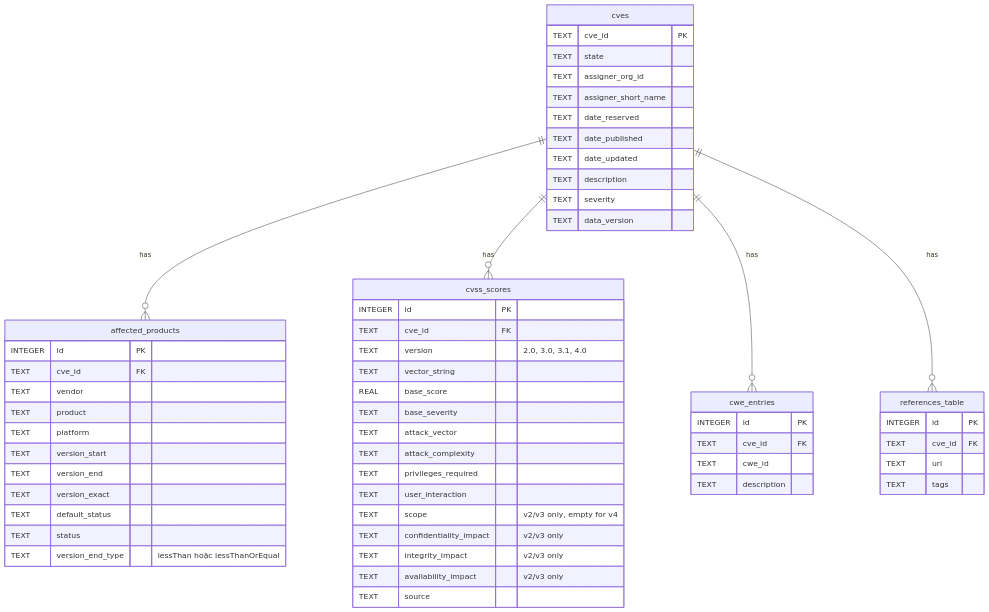
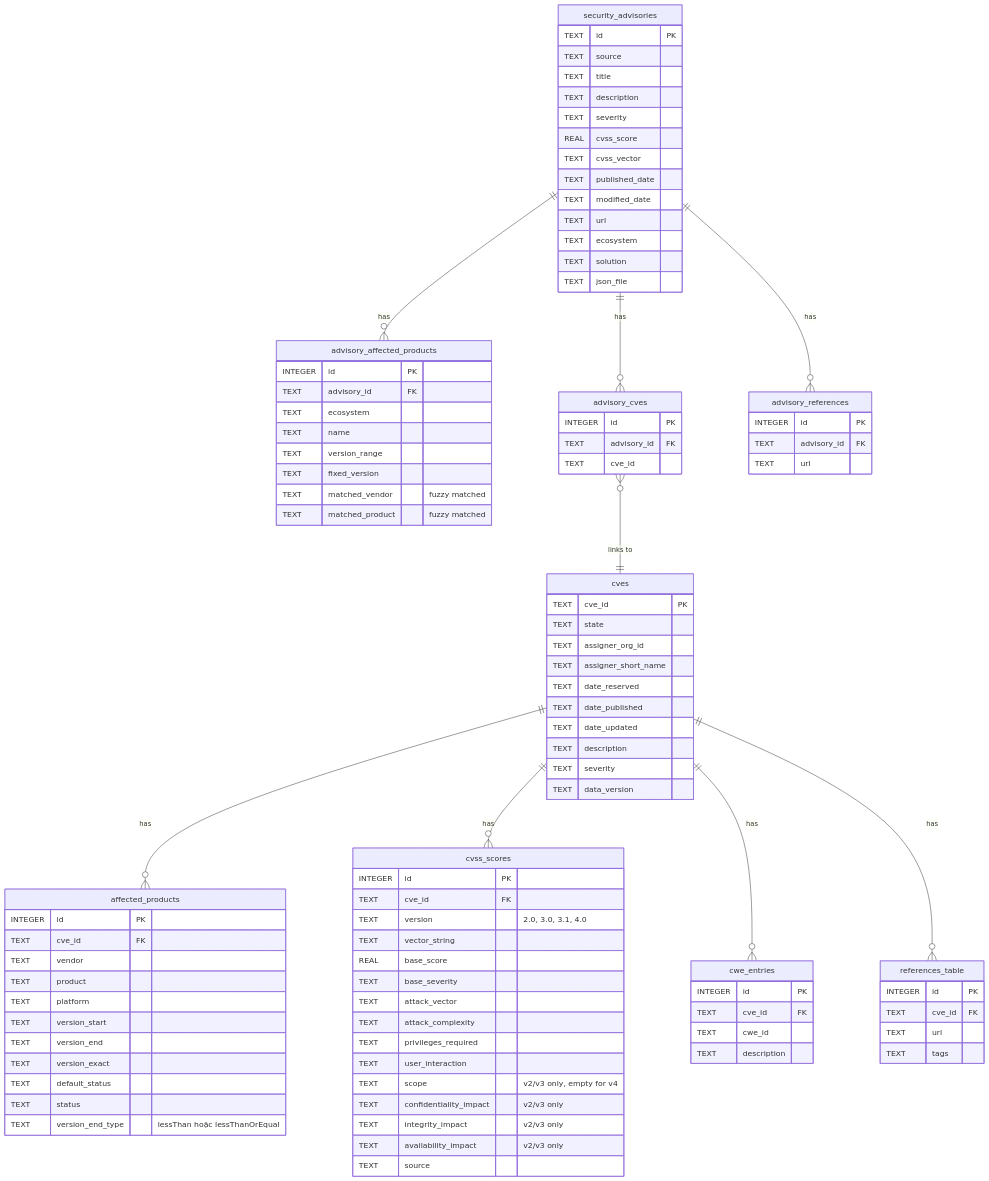
One commit to haunvsec/Secure-software changed the second of 3 diagrams in .kiro/specs/cve-database-website/design.md. Above: the diagram before and after it, drawn with Mermaid. The commit also changed other lines of this file and 86 other files, not shown here.

````diff
--- a/.kiro/specs/cve-database-website/design.md
+++ b/.kiro/specs/cve-database-website/design.md
@@ -292,4 +364,48 @@
     cves ||--o{ cvss_scores : "has"
     cves ||--o{ cwe_entries : "has"
     cves ||--o{ references_table : "has"
+
+    security_advisories {
+        TEXT id PK
+        TEXT source
+        TEXT title
+        TEXT description
+        TEXT severity
+        REAL cvss_score
+        TEXT cvss_vector
+        TEXT published_date
+        TEXT modified_date
+        TEXT url
+        TEXT ecosystem
+        TEXT solution
+        TEXT json_file
+    }
+
+    advisory_affected_products {
+        INTEGER id PK
+        TEXT advisory_id FK
+        TEXT ecosystem
+        TEXT name
+        TEXT version_range
+        TEXT fixed_version
+        TEXT matched_vendor "fuzzy matched"
+        TEXT matched_product "fuzzy matched"
+    }
+
+    advisory_cves {
+        INTEGER id PK
+        TEXT advisory_id FK
+        TEXT cve_id
+    }
+
+    advisory_references {
+        INTEGER id PK
+        TEXT advisory_id FK
+        TEXT url
+    }
+
+    security_advisories ||--o{ advisory_affected_products : "has"
+    security_advisories ||--o{ advisory_cves : "has"
+    security_advisories ||--o{ advisory_references : "has"
+    advisory_cves }o--|| cves : "links to"
 ```
````
